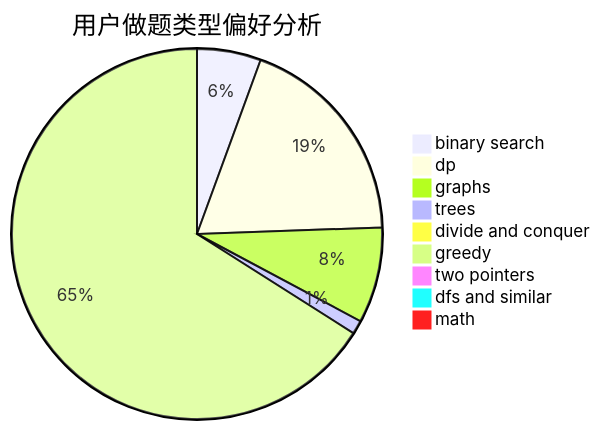
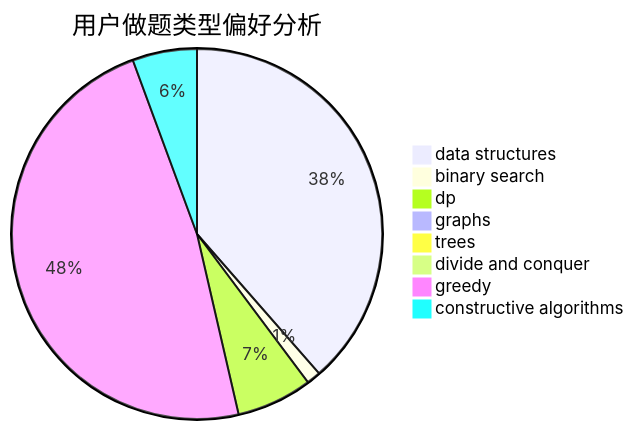
The second of 3 diagrams in docs/user/u1025.md (sherpahu/cfrs.github.io), drawn with Mermaid before and after one commit. The commit also changed other lines of this file and 2775 other files, not shown here.

````diff
--- a/docs/user/u1025.md
+++ b/docs/user/u1025.md
@@ -23,12 +23,11 @@
 ```mermaid
 pie title 用户做题类型偏好分析
-    "binary search" :  42
-    "dp" :  142
-    "graphs" :  63
-    "trees" :  9
+    "data structures" :  315
+    "binary search" :  10
+    "dp" :  54
+    "graphs" :  6
+    "trees" :  0
     "divide and conquer" :  0
-    "greedy" :  497
-    "two pointers" :  0
-    "dfs and similar" :  5
-    "math" :  5
+    "greedy" :  392
+    "constructive algorithms" :  46
 ```
````
